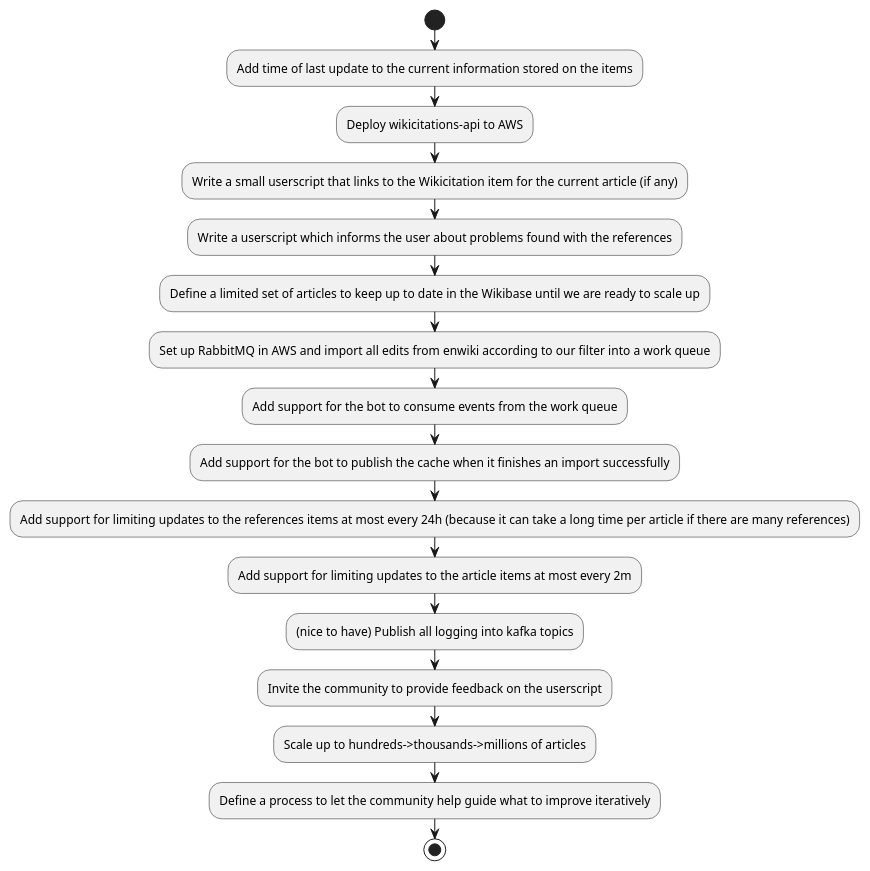
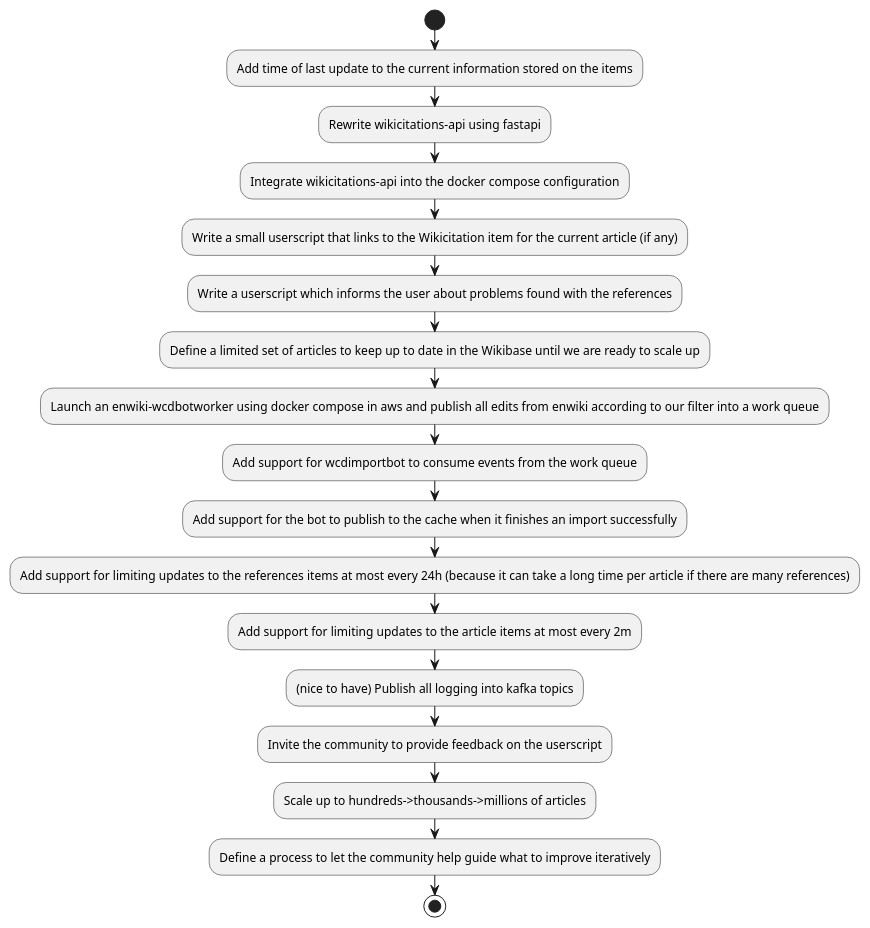
Before and after one commit to internetarchive/iari: the diagram in diagrams/roadmap.puml, drawn with PlantUML.

Commit message:
roadmap.puml: Update

```diff
--- a/diagrams/roadmap.puml
+++ b/diagrams/roadmap.puml
@@ -1,21 +1,22 @@
 @startuml
 'https://plantuml.com/activity-diagram-beta
 
 start
 :Add time of last update to the current information stored on the items;
-:Deploy wikicitations-api to AWS;
+:Rewrite wikicitations-api using fastapi;
+:Integrate wikicitations-api into the docker compose configuration;
 :Write a small userscript that links to the Wikicitation item for the current article (if any);
 :Write a userscript which informs the user about problems found with the references;
 :Define a limited set of articles to keep up to date in the Wikibase until we are ready to scale up;
-:Set up RabbitMQ in AWS and import all edits from enwiki according to our filter into a work queue;
-:Add support for the bot to consume events from the work queue;
-:Add support for the bot to publish the cache when it finishes an import successfully;
+:Launch an enwiki-wcdbotworker using docker compose in aws and publish all edits from enwiki according to our filter into a work queue;
+:Add support for wcdimportbot to consume events from the work queue;
+:Add support for the bot to publish to the cache when it finishes an import successfully;
 :Add support for limiting updates to the references items at most every 24h (because it can take a long time per article if there are many references);
 :Add support for limiting updates to the article items at most every 2m;
 :(nice to have) Publish all logging into kafka topics;
 :Invite the community to provide feedback on the userscript;
 :Scale up to hundreds->thousands->millions of articles;
 :Define a process to let the community help guide what to improve iteratively;
 stop
 
 @enduml
```
